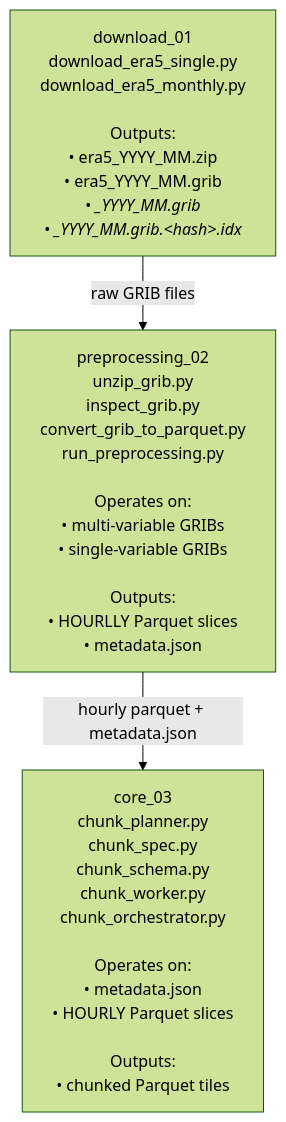
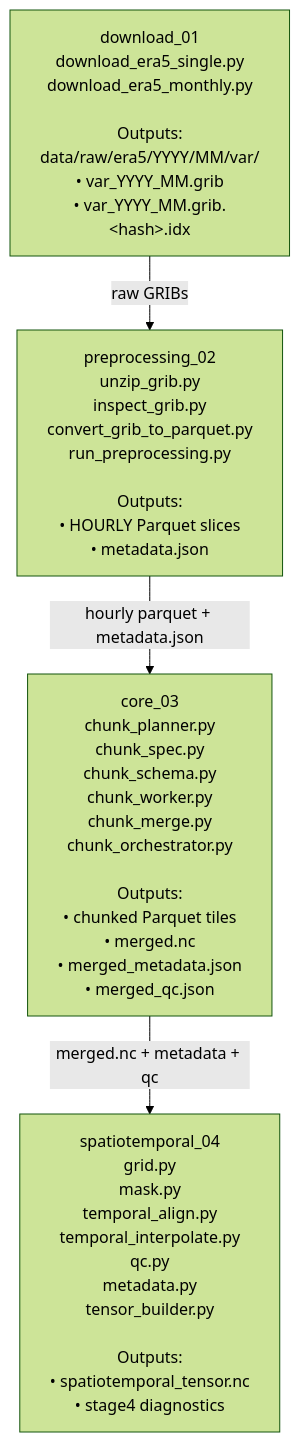
The diagram in diagrams/pipeline.md (bdeng1018/era5-pollution-risk), drawn with Mermaid (forest theme) before and after one commit. The commit also changed other lines of this file and 90 other files, not shown here.

Commit message:
Branch 2 — Version 2 (Push 3): End‑to‑end ERA5 pipeline stabilization across Stages 1–4, delivering normalized GRIB structure, consistent metadata, and efficient multi‑year, multi‑variable processing.

````diff
--- a/diagrams/pipeline.md
+++ b/diagrams/pipeline.md
@@ -16,12 +15,15 @@
 ```mermaid
 flowchart TD
 
-    A[download_01<br>download_era5_single.py<br>download_era5_monthly.py<br><br>Outputs:<br>• era5_YYYY_MM.zip<br>• era5_YYYY_MM.grib<br>• <var>_YYYY_MM.grib<br>• <var>_YYYY_MM.grib.&lt;hash&gt;.idx]
+    A[download_01<br>download_era5_single.py<br>download_era5_monthly.py<br><br>Outputs:<br>data/raw/era5/YYYY/MM/var/<br>• var_YYYY_MM.grib<br>• var_YYYY_MM.grib.&lt;hash&gt;.idx]
 
-    B[preprocessing_02<br>unzip_grib.py<br>inspect_grib.py<br>convert_grib_to_parquet.py<br>run_preprocessing.py<br><br>Operates on:<br>• multi‑variable GRIBs<br>• single‑variable GRIBs<br><br>Outputs:<br>• HOURLLY Parquet slices<br>• metadata.json]
+    B[preprocessing_02<br>unzip_grib.py<br>inspect_grib.py<br>convert_grib_to_parquet.py<br>run_preprocessing.py<br><br>Outputs:<br>• HOURLY Parquet slices<br>• metadata.json]
 
-    C[core_03<br>chunk_planner.py<br>chunk_spec.py<br>chunk_schema.py<br>chunk_worker.py<br>chunk_orchestrator.py<br><br>Operates on:<br>• metadata.json<br>• HOURLY Parquet slices<br><br>Outputs:<br>• chunked Parquet tiles]
+    C[core_03<br>chunk_planner.py<br>chunk_spec.py<br>chunk_schema.py<br>chunk_worker.py<br>chunk_merge.py<br>chunk_orchestrator.py<br><br>Outputs:<br>• chunked Parquet tiles<br>• merged.nc<br>• merged_metadata.json<br>• merged_qc.json]
 
-    A -->|raw GRIB files| B
+    D[spatiotemporal_04<br>grid.py<br>mask.py<br>temporal_align.py<br>temporal_interpolate.py<br>qc.py<br>metadata.py<br>tensor_builder.py<br><br>Outputs:<br>• spatiotemporal_tensor.nc<br>• stage4 diagnostics]
+
+    A -->|raw GRIBs| B
     B -->|hourly parquet + metadata.json| C
+    C -->|merged.nc + metadata + qc| D
 ```
````
